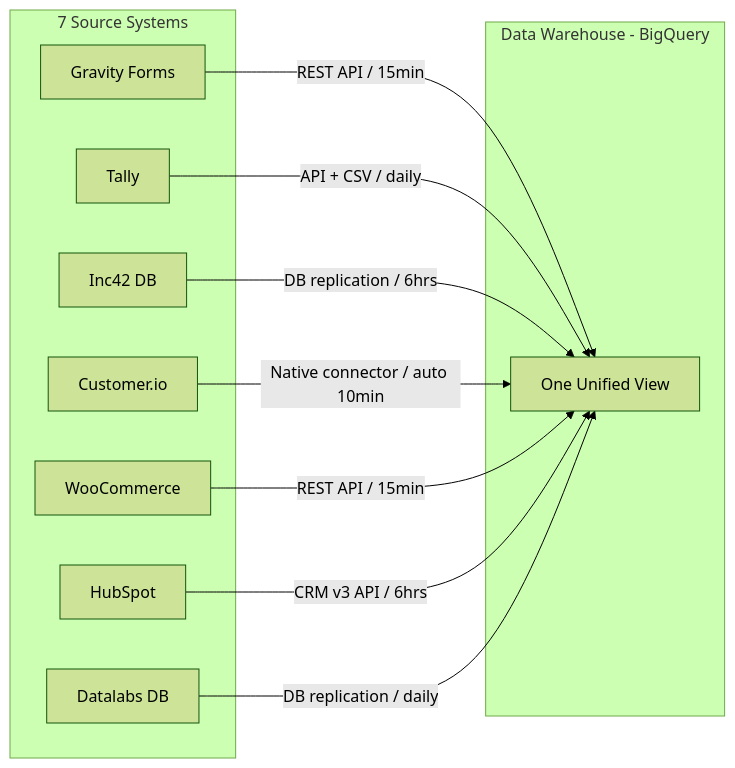
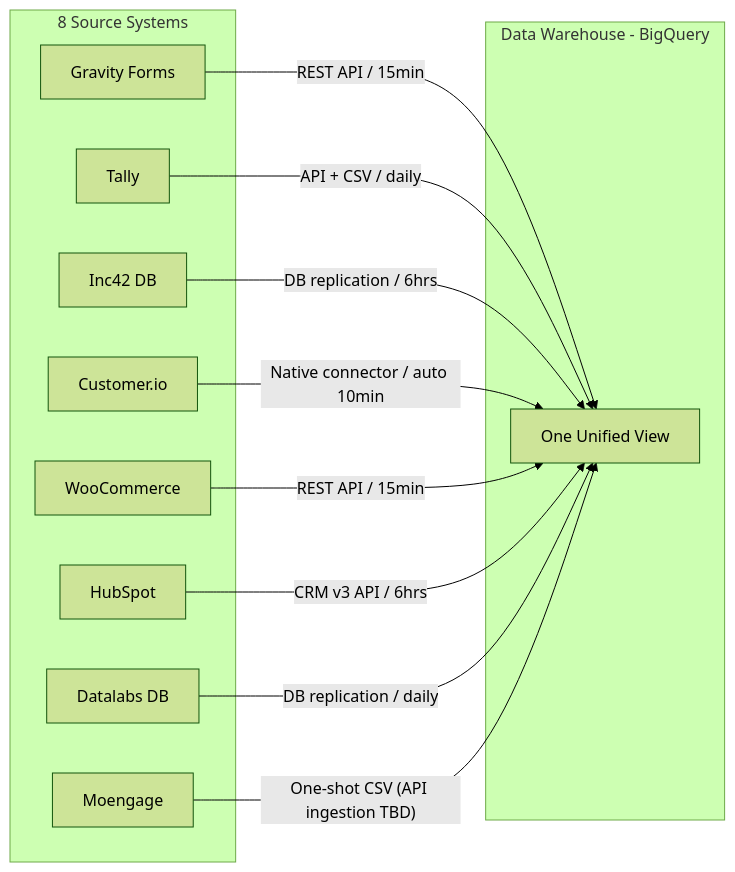
The first of 12 diagrams in docs/architecture-detailed.md (Prapti-art/inc42-data-warehouse), drawn with Mermaid (forest theme) before and after one commit. The commit also changed other lines of this file and 2 other files, not shown here.

First line of the commit message:
docs: refresh tech-guide / architecture / code-walkthrough to May 2026

````diff
--- a/docs/architecture-detailed.md
+++ b/docs/architecture-detailed.md
@@ -13,24 +13,26 @@
 ```mermaid
 flowchart LR
-    subgraph SOURCES["7 Source Systems"]
+    subgraph SOURCES["8 Source Systems"]
         GF["Gravity Forms"]
         TL["Tally"]
         I42["Inc42 DB"]
         CIO["Customer.io"]
         WOO["WooCommerce"]
         HS["HubSpot"]
         DL["Datalabs DB"]
+        ME["Moengage"]
     end
 
     subgraph WAREHOUSE["Data Warehouse - BigQuery"]
         BQ["One Unified View"]
     end
 
     GF -->|"REST API / 15min"| BQ
     TL -->|"API + CSV / daily"| BQ
     I42 -->|"DB replication / 6hrs"| BQ
     CIO -->|"Native connector / auto 10min"| BQ
     WOO -->|"REST API / 15min"| BQ
     HS -->|"CRM v3 API / 6hrs"| BQ
     DL -->|"DB replication / daily"| BQ
+    ME -->|"One-shot CSV (API ingestion TBD)"| BQ
 ```
````
